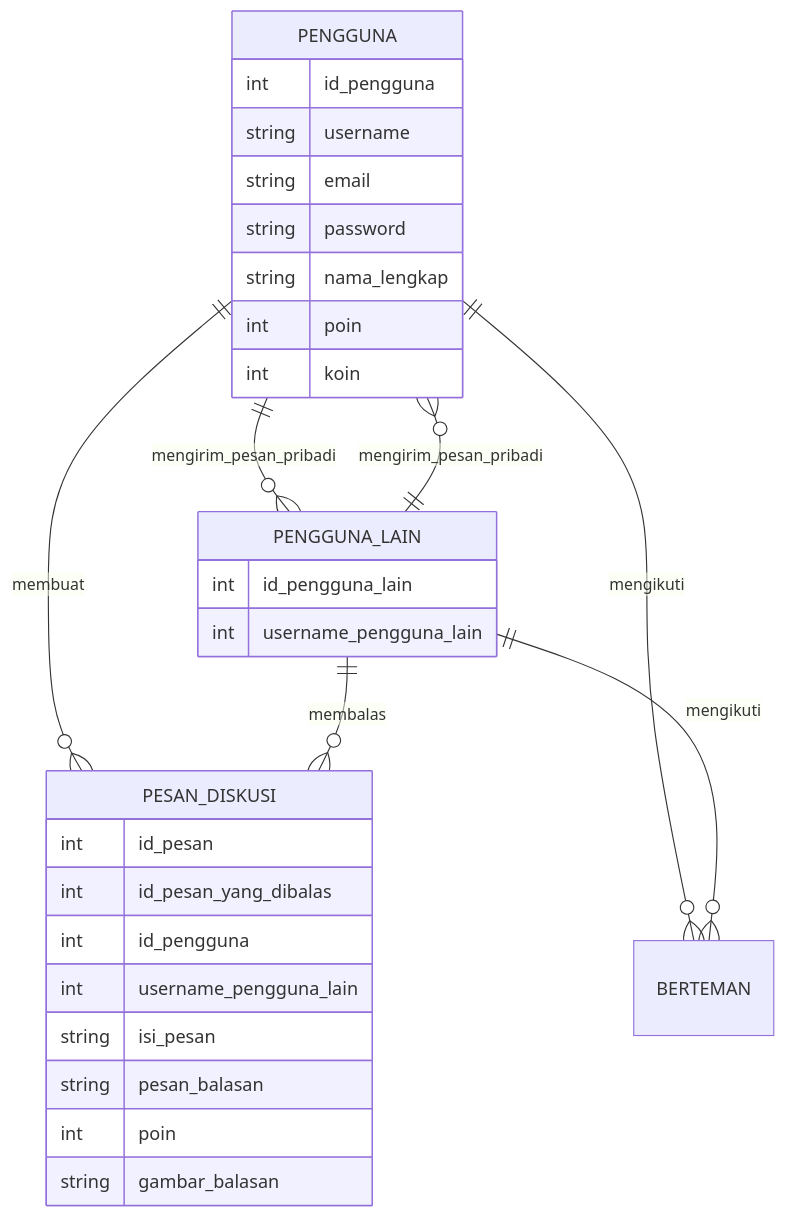
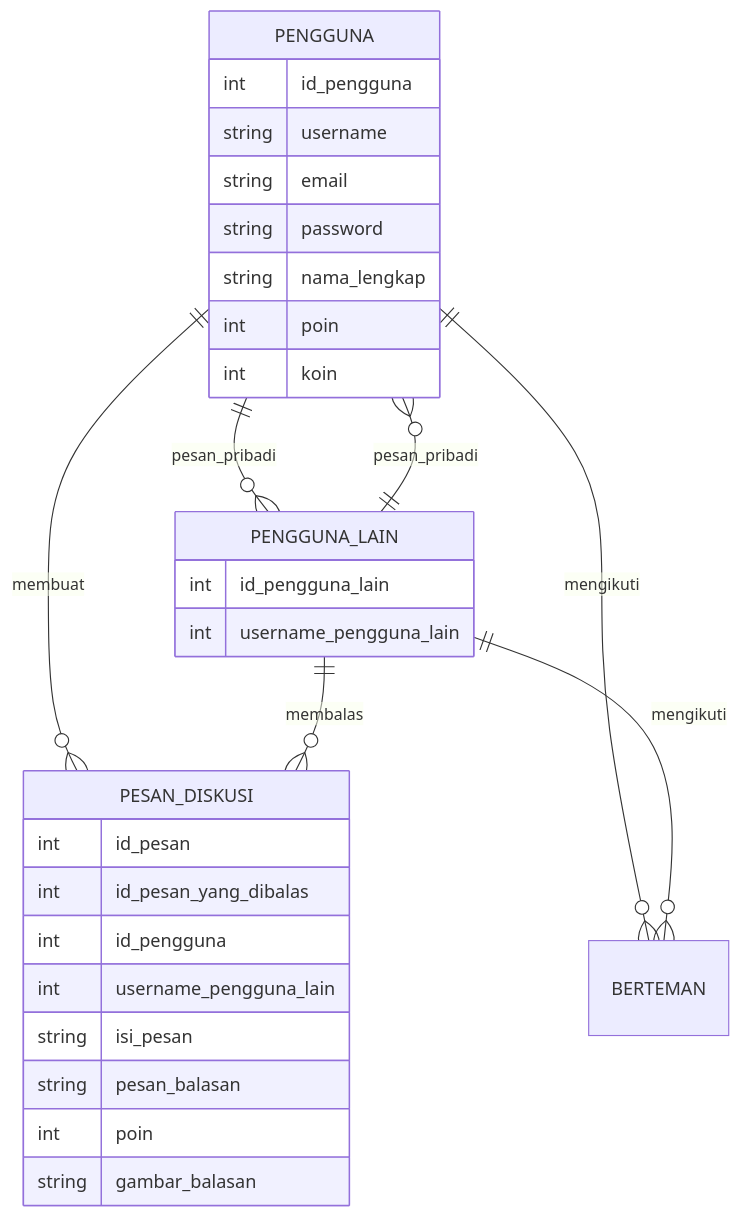
One commit to fahrizap/Kodein changed the diagram in job interview.MD. Above: the diagram before and after it, drawn with Mermaid.

Commit message:
Update job interview.MD

````diff
--- a/job interview.MD
+++ b/job interview.MD
@@ -20,33 +20,33 @@
 ```mermaid
 erDiagram
 
   PENGGUNA {
     int id_pengguna
     string username
     string email
     string password
     string nama_lengkap
     int poin
     int koin
   }
   PENGGUNA ||--o{ PESAN_DISKUSI : membuat
   PENGGUNA ||--o{ BERTEMAN : mengikuti
-  PENGGUNA ||--o{ PENGGUNA_LAIN : mengirim_pesan_pribadi
+  PENGGUNA ||--o{ PENGGUNA_LAIN : pesan_pribadi
   PESAN_DISKUSI {
     int id_pesan
     int id_pesan_yang_dibalas
     int id_pengguna 
     int username_pengguna_lain
     string isi_pesan
     string pesan_balasan
     int poin
     string gambar_balasan
   }
   PENGGUNA_LAIN {
     int id_pengguna_lain
     int username_pengguna_lain
   }
   PENGGUNA_LAIN ||--o{ PESAN_DISKUSI : membalas
   PENGGUNA_LAIN ||--o{ BERTEMAN : mengikuti
-  PENGGUNA_LAIN ||--o{ PENGGUNA : mengirim_pesan_pribadi
+  PENGGUNA_LAIN ||--o{ PENGGUNA : pesan_pribadi
 ```
````
